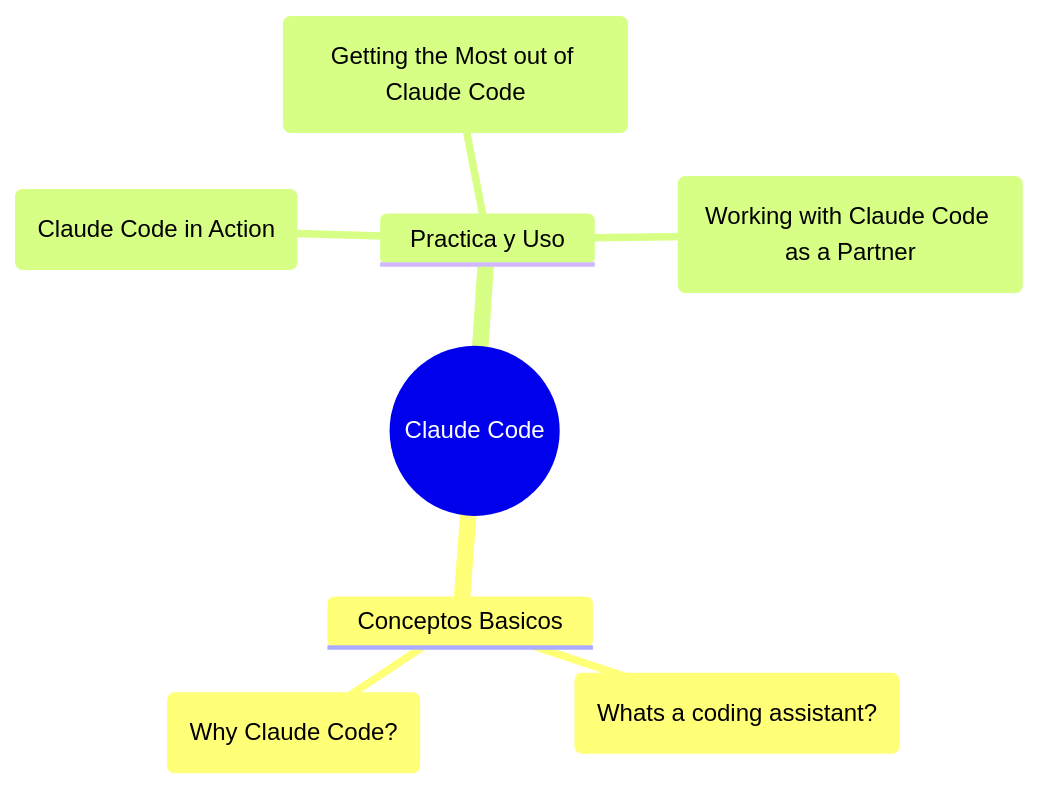
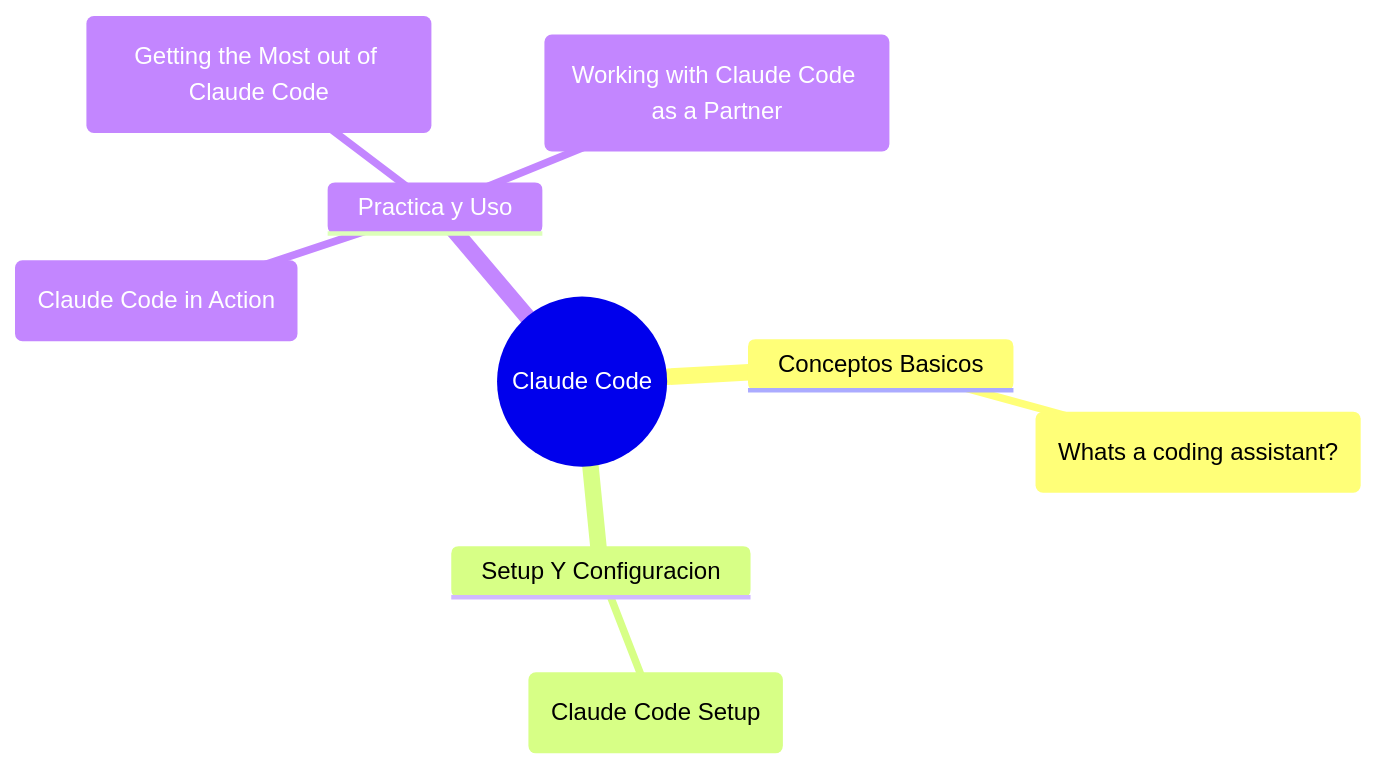
The diagram in 02_Areas/Softs-Skills/Claude-Code/Claude-Code.md (Huaritex/Obsidian_Note), drawn with Mermaid before and after one commit. The commit also changed other lines of this file and 3 other files, not shown here.

Commit message:
update changes claude code

````diff
--- a/02_Areas/Softs-Skills/Claude-Code/Claude-Code.md
+++ b/02_Areas/Softs-Skills/Claude-Code/Claude-Code.md
@@ -10,11 +11,12 @@
 ```mermaid
 mindmap
   root((Claude Code))
     Conceptos Basicos
       id1("Whats a coding assistant?")
-      id2("Why Claude Code?")
+    Setup Y Configuracion
+      id2("Claude Code Setup")
     Practica y Uso
       id3("Claude Code in Action")
       id4("Getting the Most out of Claude Code")
       id5("Working with Claude Code as a Partner")
 ```
````
